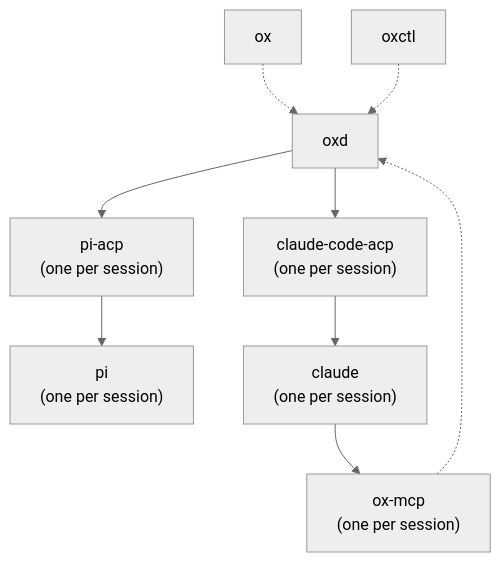
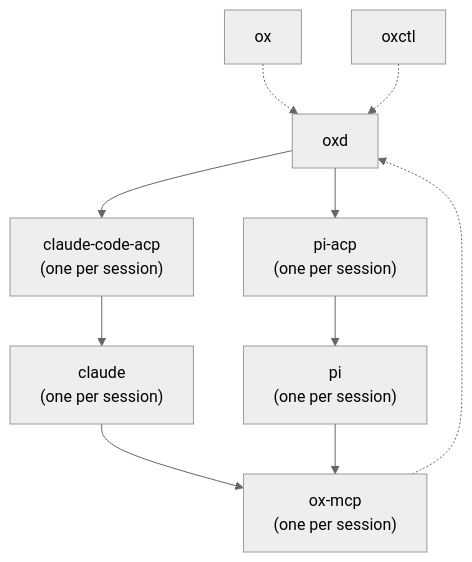
One commit to kkestell/ox-hypercube2 changed the diagram in docs/dev/architecture.md. Above: the diagram before and after it, drawn with Mermaid (neutral theme). The commit also changed other lines of this file and 13 other files, not shown here.

````diff
--- a/docs/dev/architecture.md
+++ b/docs/dev/architecture.md
@@ -10,20 +10,21 @@
 ```mermaid
 flowchart TB
     ox["ox"]
     oxctl["oxctl"]
     oxd["oxd"]
     bridge["claude-code-acp<br/>(one per session)"]
     pibridge["pi-acp<br/>(one per session)"]
     pi["pi<br/>(one per session)"]
     claude["claude<br/>(one per session)"]
     oxmcp["ox-mcp<br/>(one per session)"]
 
     ox -.-> oxd
     oxctl -.-> oxd
     oxd --> bridge
     oxd --> pibridge
     pibridge --> pi
     bridge --> claude
     claude --> oxmcp
+    pi --> oxmcp
     oxmcp -.-> oxd
 ```
````
